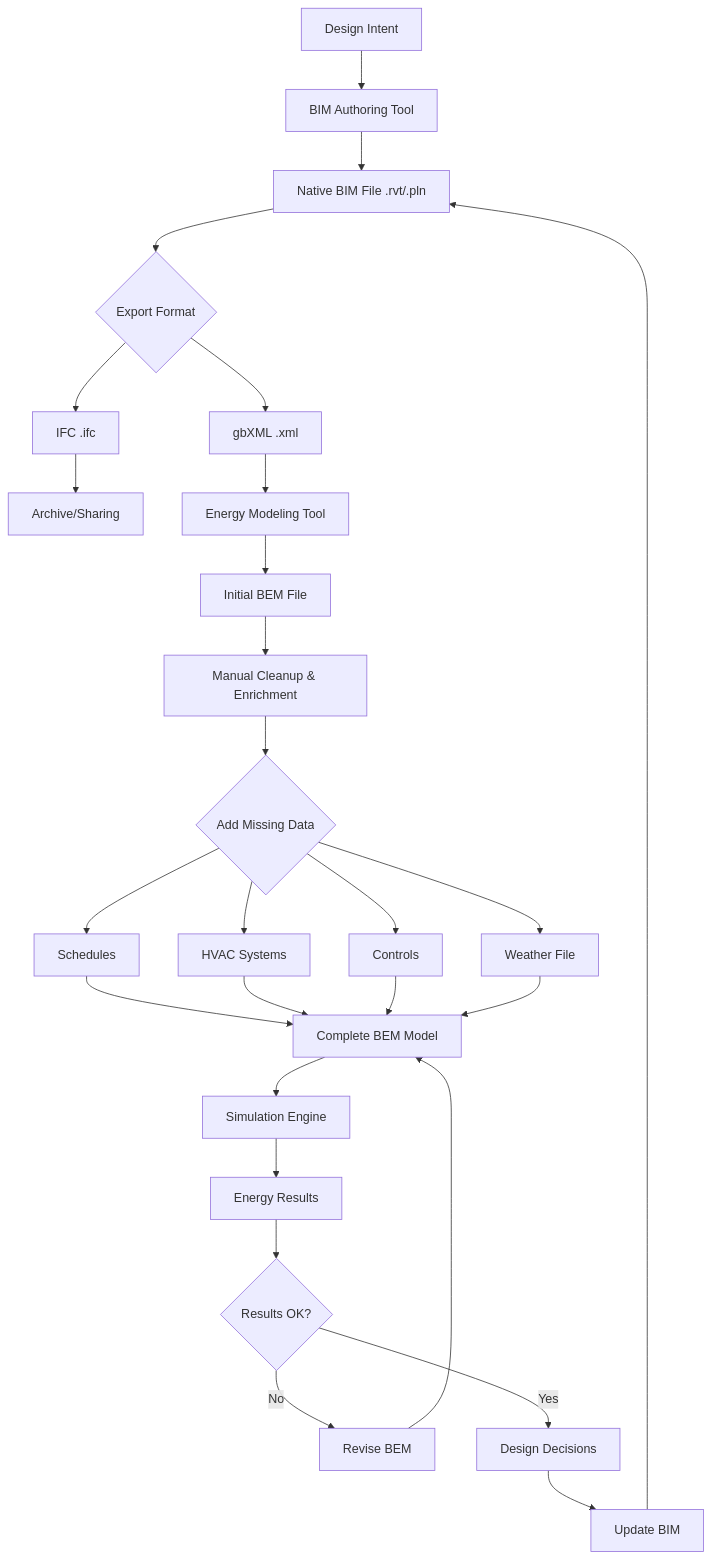
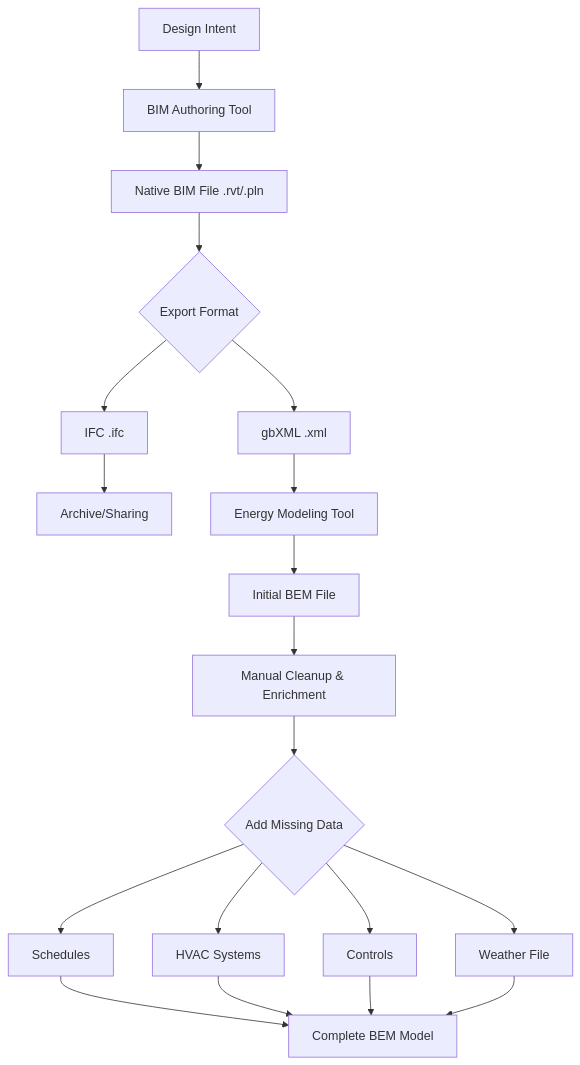
One commit to clementinec/ARCH7476 changed the second of 3 diagrams in weeks/week-09-engaging.qmd. Above: the diagram before and after it, drawn with Mermaid. The commit also changed other lines of this file and 6 other files, not shown here.

````diff
--- a/weeks/week-09-engaging.qmd
+++ b/weeks/week-09-engaging.qmd
@@ -498,29 +529,9 @@
 ```mermaid
 graph TB
-    A[Design Intent] --> B[BIM Authoring Tool]
-    B --> C[Native BIM File .rvt/.pln]
-    C --> D{Export Format}
-    D --> E[IFC .ifc]
-    D --> F[gbXML .xml]
-    E --> G[Archive/Sharing]
-    F --> H[Energy Modeling Tool]
-    H --> I[Initial BEM File]
-    I --> J[Manual Cleanup & Enrichment]
+    A[Design Intent] --> B[BIM Authoring Tool] --> C[Native BIM File .rvt/.pln]
+    C --> D{Export Format}; D --> E[IFC .ifc]; D --> F[gbXML .xml]; E --> G[Archive/Sharing]
+    F --> H[Energy Modeling Tool] --> I[Initial BEM File]; I --> J[Manual Cleanup & Enrichment]
     J --> K{Add Missing Data}
-    K --> L[Schedules]
-    K --> M[HVAC Systems]
-    K --> N[Controls]
-    K --> O[Weather File]
-    L --> P[Complete BEM Model]
-    M --> P
-    N --> P
-    O --> P
-    P --> Q[Simulation Engine]
-    Q --> R[Energy Results]
-    R --> S{Results OK?}
-    S -->|No| T[Revise BEM]
-    S -->|Yes| U[Design Decisions]
-    T --> P
-    U --> V[Update BIM]
-    V --> C
+    K --> L[Schedules]; K --> M[HVAC Systems]; K --> N[Controls]; K --> O[Weather File]
+    L --> P[Complete BEM Model]; M --> P; N --> P; O --> P
 ```
````
